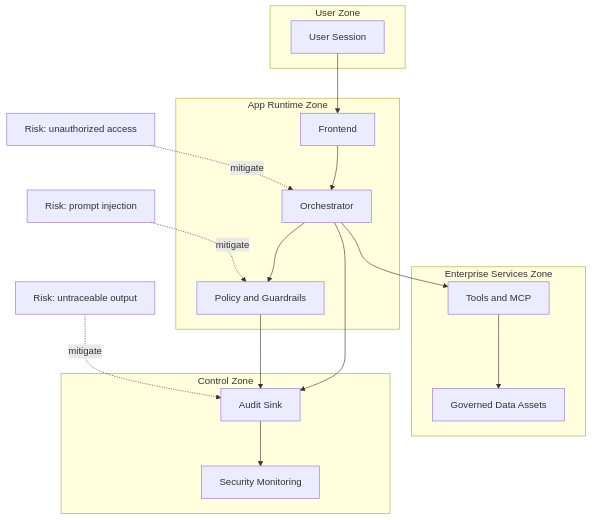
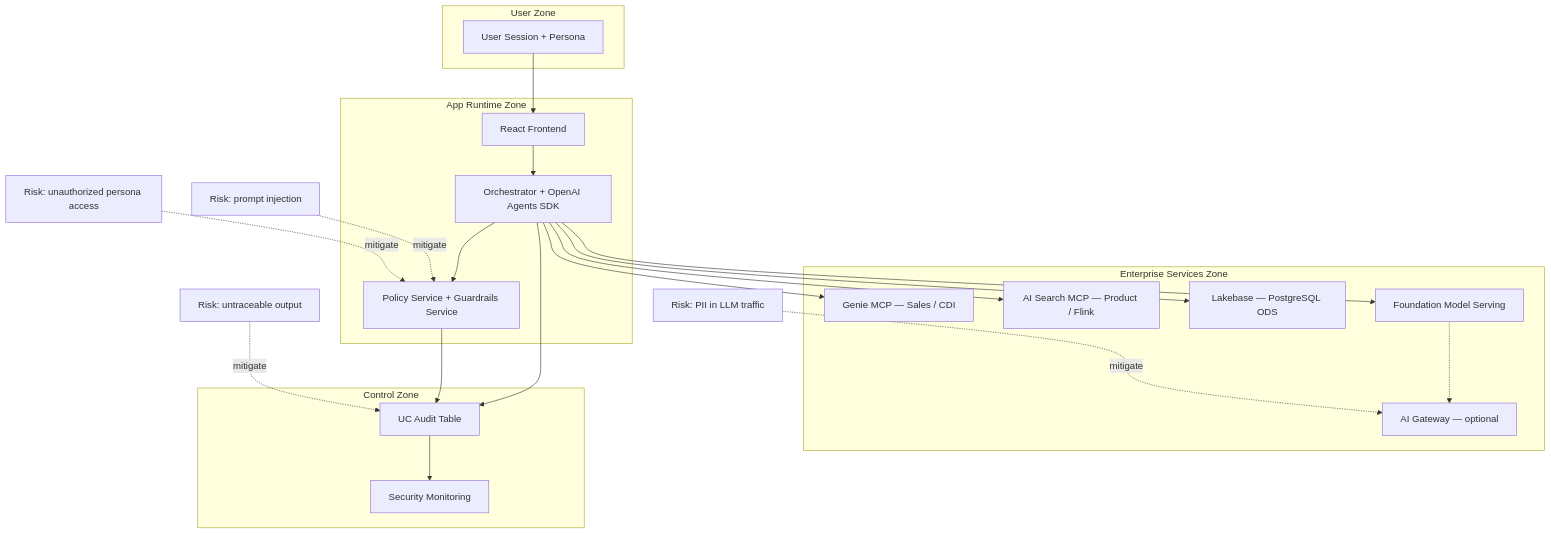
One commit to wchen-dea/Governed-Multi-Agent-Intelligence-on-Databricks changed the fifth of 15 diagrams in docs/architecture/design-artifacts/00-architecture-board-review.md. Above: the diagram before and after it, drawn with Mermaid. The commit also changed other lines of this file and 51 other files, not shown here.

````diff
--- a/docs/architecture/design-artifacts/00-architecture-board-review.md
+++ b/docs/architecture/design-artifacts/00-architecture-board-review.md
@@ -99,32 +101,40 @@
 ```mermaid
 flowchart TB
     subgraph Zone1[User Zone]
-        U[User Session]
+        U[User Session + Persona]
     end
 
     subgraph Zone2[App Runtime Zone]
-        UI[Frontend]
-        ORCH[Orchestrator]
-        POL[Policy and Guardrails]
+        UI[React Frontend]
+        ORCH[Orchestrator + OpenAI Agents SDK]
+        POL[Policy Service + Guardrails Service]
     end
 
     subgraph Zone3[Enterprise Services Zone]
-        TOOL[Tools and MCP]
-        DATA[Governed Data Assets]
+        GENIE[Genie MCP — Sales / CDI]
+        AIS[AI Search MCP — Product / Flink]
+        LBZ[Lakebase — PostgreSQL ODS]
+        FM[Foundation Model Serving]
+        AIGW[AI Gateway — optional]
     end
 
     subgraph Zone4[Control Zone]
-        AUDIT[Audit Sink]
+        AUDIT[UC Audit Table]
         SEC[Security Monitoring]
     end
 
-    U --> UI --> ORCH --> TOOL --> DATA
+    U --> UI --> ORCH --> GENIE
+    ORCH --> AIS
+    ORCH --> LBZ
+    ORCH --> FM
+    FM -.-> AIGW
     ORCH --> POL
     ORCH --> AUDIT
     POL --> AUDIT
     AUDIT --> SEC
 
     R1[Risk: prompt injection] -.mitigate.-> POL
-    R2[Risk: unauthorized access] -.mitigate.-> ORCH
+    R2[Risk: unauthorized persona access] -.mitigate.-> POL
     R3[Risk: untraceable output] -.mitigate.-> AUDIT
+    R4[Risk: PII in LLM traffic] -.mitigate.-> AIGW
 ```
````
